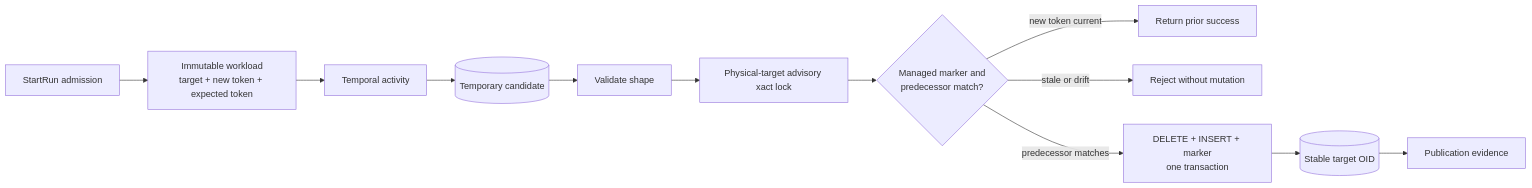
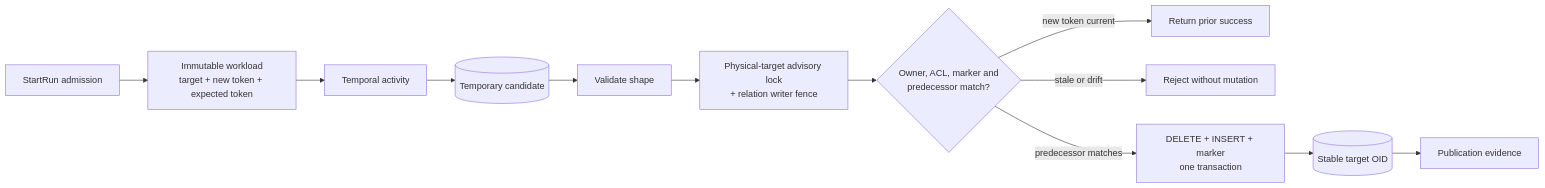
One commit to dunay2/dvt changed the second of 2 diagrams in docs/planning/proposals/mandatory/runtime-and-contracts/vtx2-postgresql-publication-contract-study-20260903.md. Above: the diagram before and after it, drawn with Mermaid. The commit also changed other lines of this file and 1 other file, not shown here.

Commit message:
docs(docs): Fence ordinary PostgreSQL writers

````diff
--- a/docs/planning/proposals/mandatory/runtime-and-contracts/vtx2-postgresql-publication-contract-study-20260903.md
+++ b/docs/planning/proposals/mandatory/runtime-and-contracts/vtx2-postgresql-publication-contract-study-20260903.md
@@ -91,14 +94,14 @@
 ```mermaid
 flowchart LR
   Admission[StartRun admission] --> Workload[Immutable workload<br/>target + new token + expected token]
   Workload --> Temporal[Temporal activity]
   Temporal --> Candidate[(Temporary candidate)]
   Candidate --> Validate[Validate shape]
-  Validate --> Lock[Physical-target advisory xact lock]
-  Lock --> CAS{Managed marker and<br/>predecessor match?}
+  Validate --> Lock[Physical-target advisory lock<br/>+ relation writer fence]
+  Lock --> CAS{Owner, ACL, marker and<br/>predecessor match?}
   CAS -- new token current --> Idempotent[Return prior success]
   CAS -- stale or drift --> Reject[Reject without mutation]
   CAS -- predecessor matches --> Tx[DELETE + INSERT + marker<br/>one transaction]
   Tx --> Stable[(Stable target OID)]
   Stable --> Evidence[Publication evidence]
 ```
````
